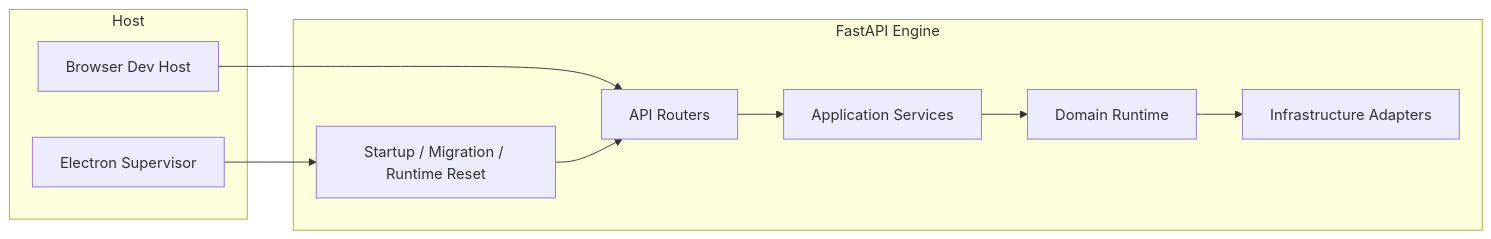
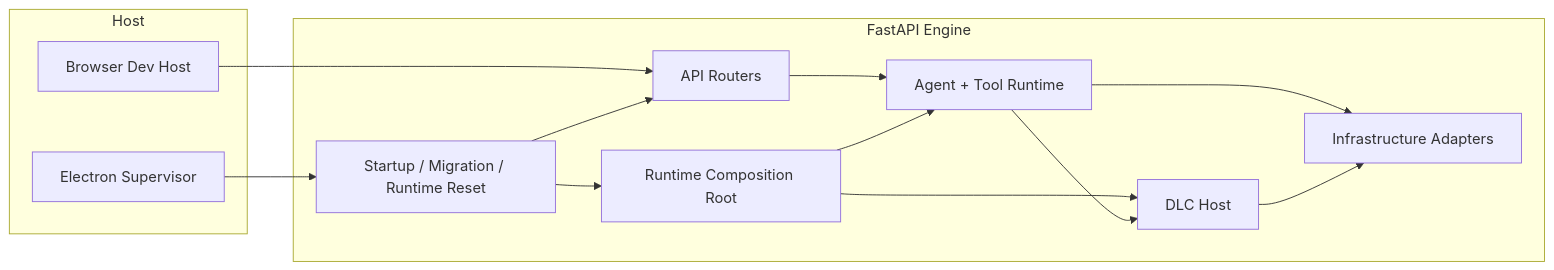
One commit to trrueee/DBFox changed the first of 8 diagrams in docs/architecture/backend.md. Above: the diagram before and after it, drawn with Mermaid. The commit also changed other lines of this file and 86 other files, not shown here.

````diff
--- a/docs/architecture/backend.md
+++ b/docs/architecture/backend.md
@@ -17,19 +17,27 @@
 ```mermaid
 flowchart LR
   subgraph Host["Host"]
     ELECTRON["Electron Supervisor"]
     WEB["Browser Dev Host"]
   end
 
   subgraph Engine["FastAPI Engine"]
     START["Startup / Migration / Runtime Reset"]
     ROUTES["API Routers"]
-    SERVICES["Application Services"]
-    DOMAIN["Domain Runtime"]
+    COMPOSE["Runtime Composition Root"]
+    DOMAIN["Agent + Tool Runtime"]
+    DLC["DLC Host"]
     INFRA["Infrastructure Adapters"]
   end
 
   ELECTRON --> START
   WEB --> ROUTES
-  START --> ROUTES --> SERVICES --> DOMAIN --> INFRA
+  START --> COMPOSE
+  START --> ROUTES
+  ROUTES --> DOMAIN
+  COMPOSE --> DOMAIN
+  COMPOSE --> DLC
+  DOMAIN --> DLC
+  DOMAIN --> INFRA
+  DLC --> INFRA
 ```
````
